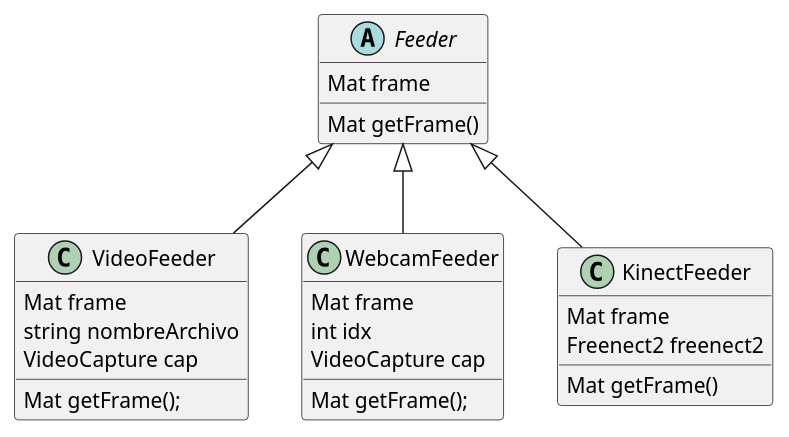
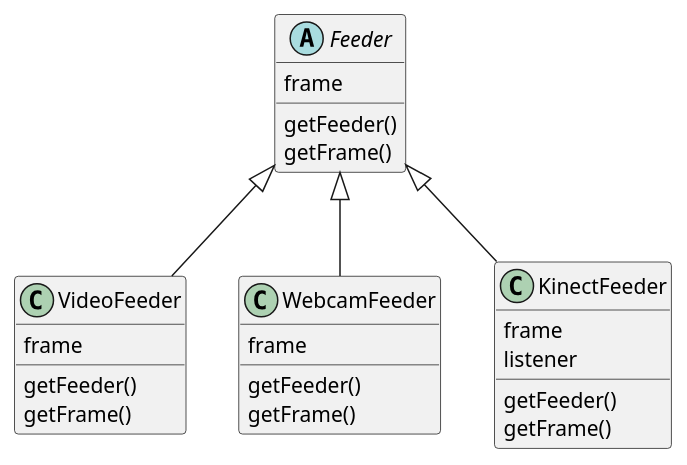
The fourth of 5 diagrams in Diagrama.puml (agustinavila/ProyectoVision), drawn with PlantUML before and after one commit. The commit also changed other lines of this file and 35 other files, not shown here.

```diff
--- a/Diagrama.puml
+++ b/Diagrama.puml
@@ -95,31 +106,30 @@
 @startuml feeder
 
 abstract class Feeder{
-	Mat frame
-	Mat getFrame()
+	frame
+	getFeeder()
+	getFrame()
 }
 
 class VideoFeeder{
-	Mat frame
-	string nombreArchivo
-	VideoCapture cap
-	Mat getFrame();
+	frame
+	getFeeder()
+	getFrame()
 }
 Feeder<|--VideoFeeder
 
 class WebcamFeeder{
-	Mat frame
-	int idx
-	VideoCapture cap
-	Mat getFrame();
+	frame
+	getFeeder()
+	getFrame()
 }
 Feeder<|--WebcamFeeder
 
 class KinectFeeder{
-	'"tipoimagen" deberia servir para registrar RGB, IR o profundidad
-	Mat frame
-	Freenect2 freenect2
-	Mat getFrame()
+	frame
+	listener
+	getFeeder()
+	getFrame()
 }
 Feeder<|--KinectFeeder
 @enduml
```
